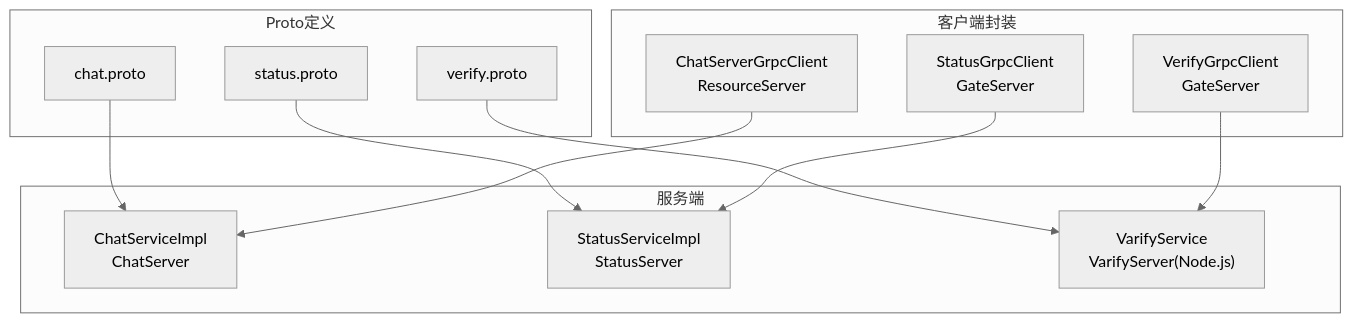
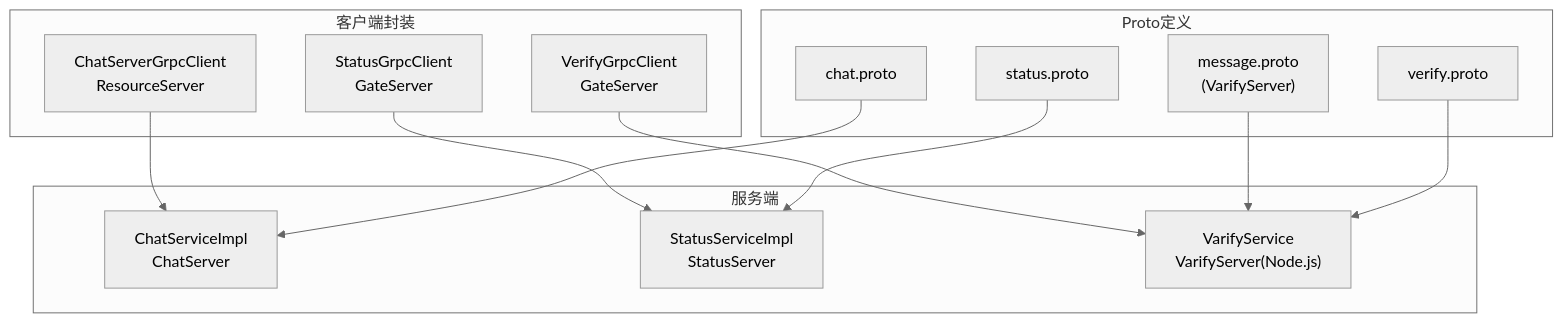
One commit to echo9923/mychatter changed the first of 6 diagrams in .qoder/repowiki/zh/content/架构设计/通信协议设计/gRPC接口设计.md. Above: the diagram before and after it, drawn with Mermaid (neutral theme). The commit also changed other lines of this file and 58 other files, not shown here.

````diff
--- a/.qoder/repowiki/zh/content/架构设计/通信协议设计/gRPC接口设计.md
+++ b/.qoder/repowiki/zh/content/架构设计/通信协议设计/gRPC接口设计.md
@@ -63,24 +68,26 @@
 ```mermaid
 graph TB
 subgraph "Proto定义"
 P1["chat.proto"]
 P2["status.proto"]
 P3["verify.proto"]
+P4["message.proto<br/>(VarifyServer)"]
 end
 subgraph "服务端"
 S1["ChatServiceImpl<br/>ChatServer"]
 S2["StatusServiceImpl<br/>StatusServer"]
 S3["VarifyService<br/>VarifyServer(Node.js)"]
 end
 subgraph "客户端封装"
 C1["StatusGrpcClient<br/>GateServer"]
 C2["VerifyGrpcClient<br/>GateServer"]
 C3["ChatServerGrpcClient<br/>ResourceServer"]
 end
 P1 --> S1
 P2 --> S2
 P3 --> S3
+P4 --> S3
 C1 --> S2
 C2 --> S3
 C3 --> S1
 ```
````
